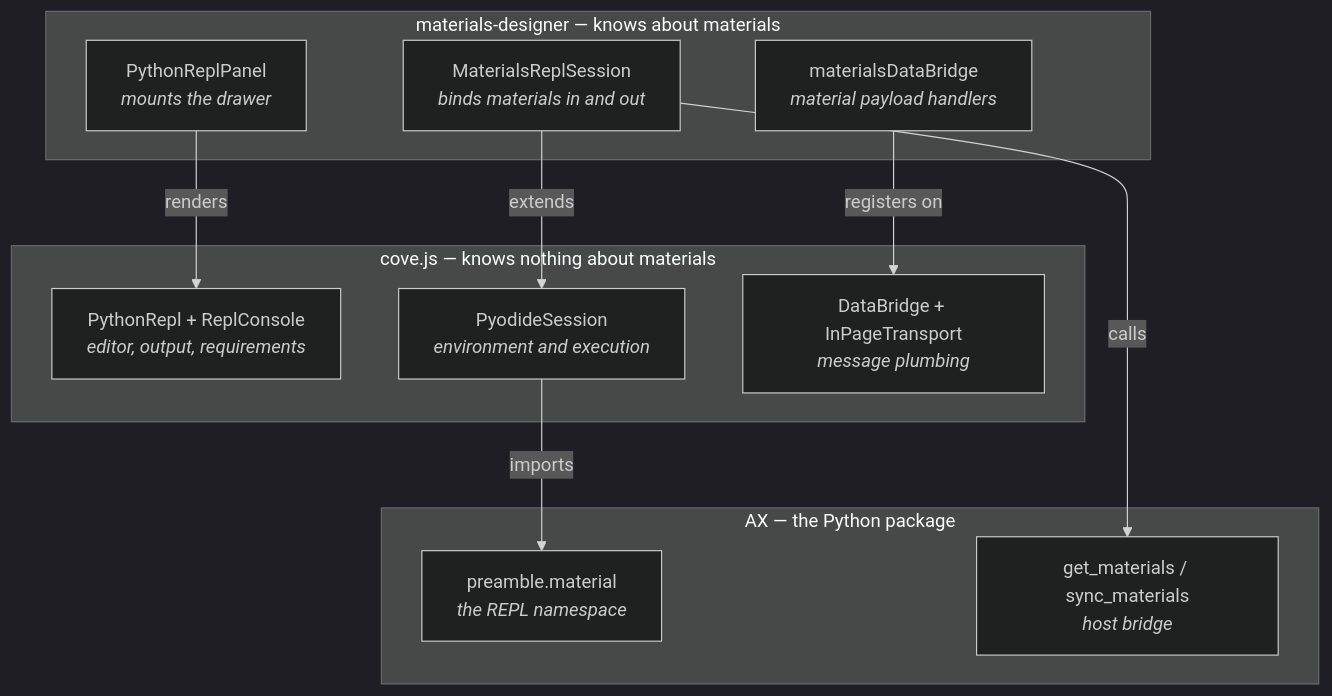
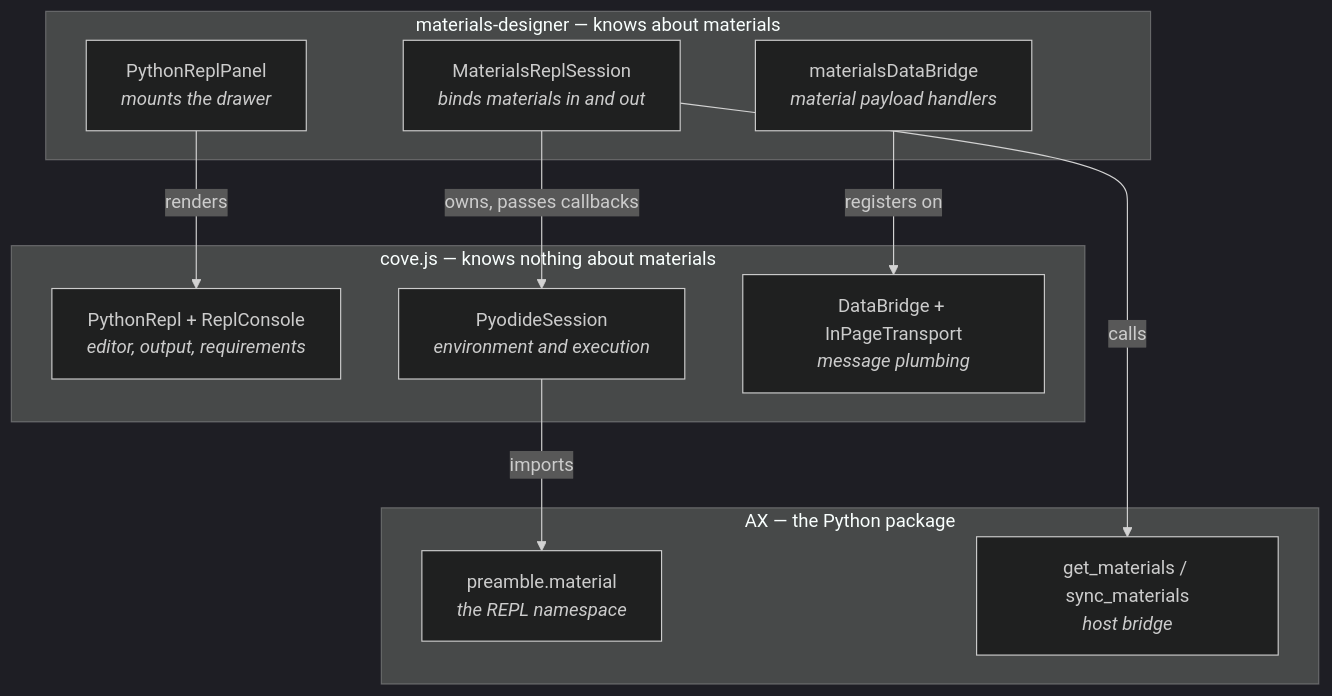
Before and after one commit to mat3ra/materials-designer: the first of 2 diagrams in docs/python-repl-architecture.md, drawn with Mermaid (dark theme). The commit also changed other lines of this file and 5 other files, not shown here.

First line of the commit message:
refactor: own the Pyodide session instead of subclassing it

````diff
--- a/docs/python-repl-architecture.md
+++ b/docs/python-repl-architecture.md
@@ -23,23 +23,23 @@
 ```mermaid
 flowchart TB
     subgraph MD["materials-designer — knows about materials"]
         Panel["PythonReplPanel<br/><i>mounts the drawer</i>"]
         Session["MaterialsReplSession<br/><i>binds materials in and out</i>"]
         Handlers["materialsDataBridge<br/><i>material payload handlers</i>"]
     end
     subgraph Cove["cove.js — knows nothing about materials"]
         UI["PythonRepl + ReplConsole<br/><i>editor, output, requirements</i>"]
         Pyodide["PyodideSession<br/><i>environment and execution</i>"]
         Bridge["DataBridge + InPageTransport<br/><i>message plumbing</i>"]
     end
     subgraph AX["AX — the Python package"]
         Preamble["preamble.material<br/><i>the REPL namespace</i>"]
         IO["get_materials / sync_materials<br/><i>host bridge</i>"]
     end
 
     Panel -->|renders| UI
-    Session -->|extends| Pyodide
+    Session -->|owns, passes callbacks| Pyodide
     Handlers -->|registers on| Bridge
     Pyodide -->|imports| Preamble
     Session -->|calls| IO
 ```
````
